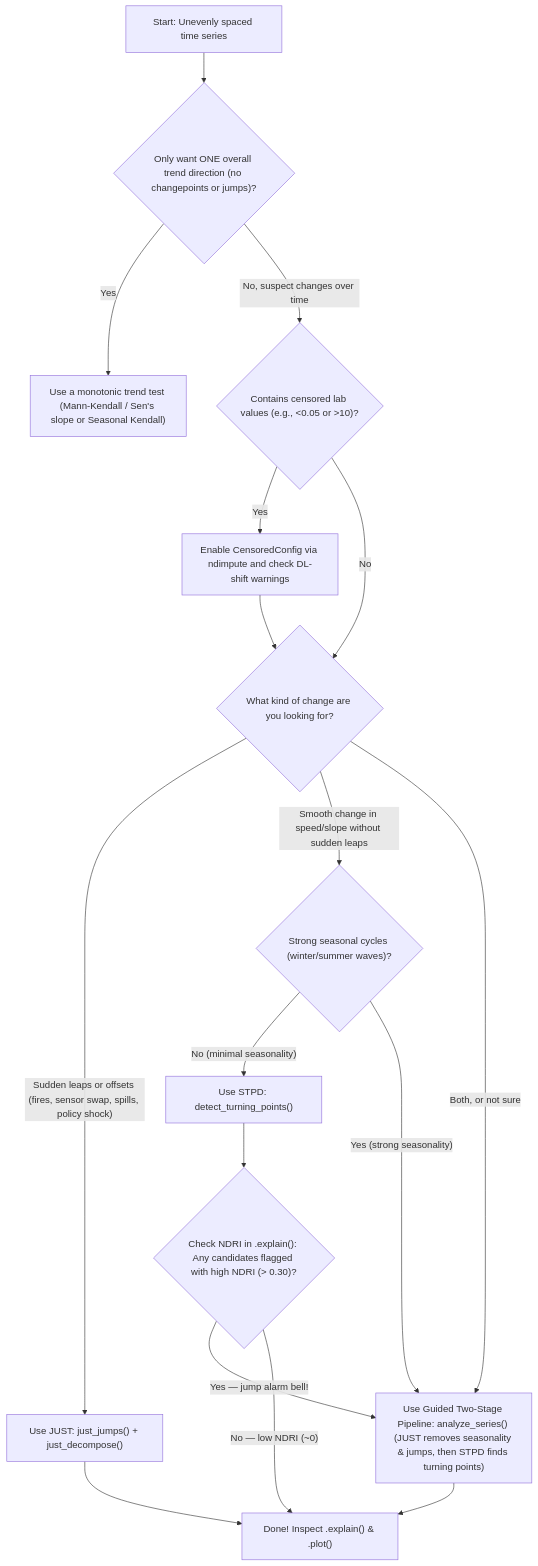
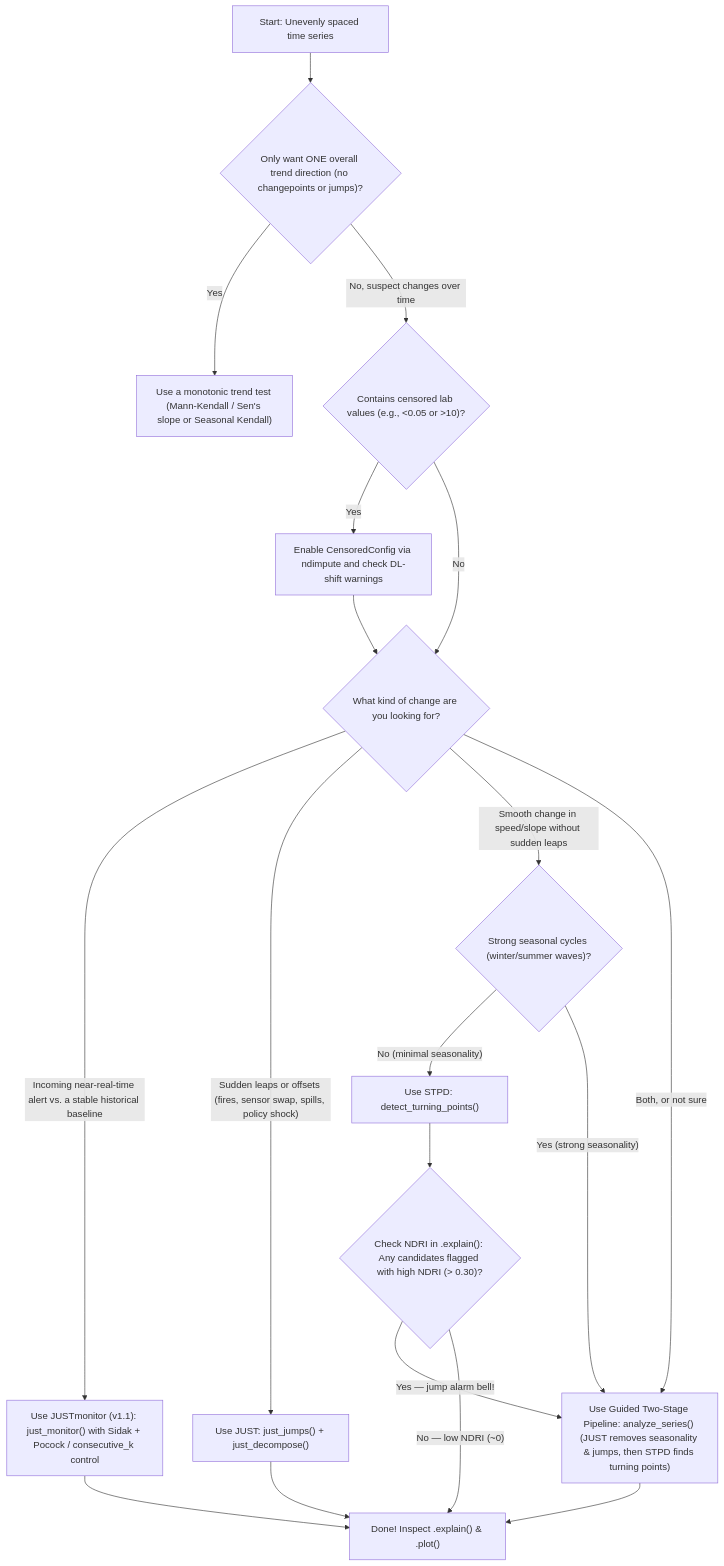
Before and after one commit to LukeAFullard/tspec: the diagram in docs/guide/which-method.md, drawn with Mermaid. The commit also changed other lines of this file and 36 other files, not shown here.

Commit message:
feat(v1.1): add just_monitor with multiplicity control, logo, and result figures across README & docs

````diff
--- a/docs/guide/which-method.md
+++ b/docs/guide/which-method.md
@@ -11,22 +13,24 @@
 ```mermaid
 flowchart TD
     Start["Start: Unevenly spaced time series"] --> Q0{"Only want ONE overall trend direction (no changepoints or jumps)?"}
     Q0 -- "Yes" --> MK["Use a monotonic trend test (Mann-Kendall / Sen's slope or Seasonal Kendall)"]
     Q0 -- "No, suspect changes over time" --> QC{"Contains censored lab values (e.g., <0.05 or >10)?"}
     QC -- "Yes" --> Cens["Enable CensoredConfig via ndimpute and check DL-shift warnings"]
     QC -- "No" --> Q1
     Cens --> Q1{"What kind of change are you looking for?"}
 
+    Q1 -- "Incoming near-real-time alert vs. a stable historical baseline" --> NRT["Use JUSTmonitor (v1.1): just_monitor() with Sidak + Pocock / consecutive_k control"]
     Q1 -- "Sudden leaps or offsets (fires, sensor swap, spills, policy shock)" --> Q1S["Use JUST: just_jumps() + just_decompose()"]
     Q1 -- "Smooth change in speed/slope without sudden leaps" --> Q2{"Strong seasonal cycles (winter/summer waves)?"}
     Q1 -- "Both, or not sure" --> Pipe["Use Guided Two-Stage Pipeline: analyze_series() (JUST removes seasonality & jumps, then STPD finds turning points)"]
 
     Q2 -- "No (minimal seasonality)" --> STPD["Use STPD: detect_turning_points()"]
     Q2 -- "Yes (strong seasonality)" --> Pipe
 
     STPD --> NDRI{"Check NDRI in .explain(): Any candidates flagged with high NDRI (> 0.30)?"}
     NDRI -- "Yes — jump alarm bell!" --> Pipe
     NDRI -- "No — low NDRI (~0)" --> Done["Done! Inspect .explain() & .plot()"]
     Q1S --> Done
+    NRT --> Done
     Pipe --> Done
 ```
````
